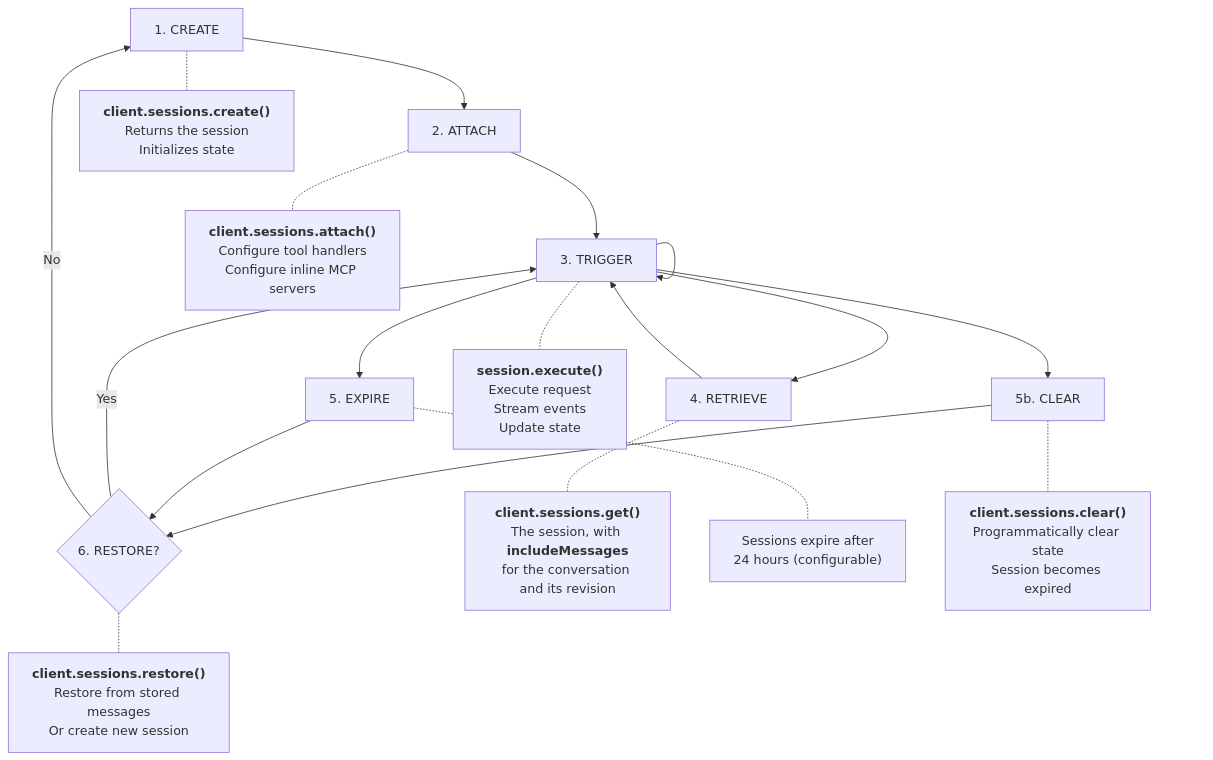
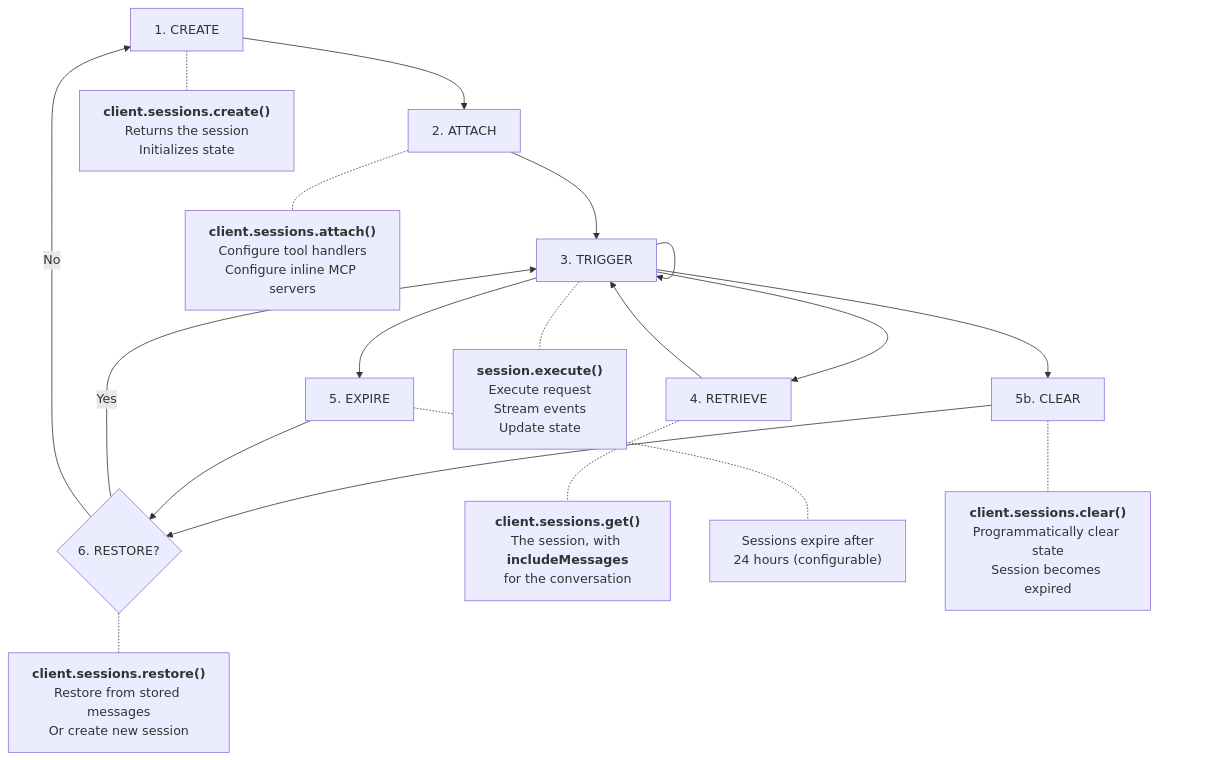
The diagram in packages/docs/content/02-server-sdk/02-sessions.md (octavus-ai/agent-sdk), drawn with Mermaid before and after one commit. The commit also changed other lines of this file and 14 other files, not shown here.

````diff
--- a/packages/docs/content/02-server-sdk/02-sessions.md
+++ b/packages/docs/content/02-server-sdk/02-sessions.md
@@ -417,42 +409,42 @@
 ```mermaid
 flowchart TD
     A[1. CREATE] --> B[2. ATTACH]
     B --> C[3. TRIGGER]
     C --> C
     C --> D[4. RETRIEVE]
     D --> C
     C --> E[5. EXPIRE]
     C --> G[5b. CLEAR]
     G --> F
     E --> F{6. RESTORE?}
     F -->|Yes| C
     F -->|No| A
 
     A -.- A1["`**client.sessions.create()**
     Returns the session
     Initializes state`"]
 
     B -.- B1["`**client.sessions.attach()**
     Configure tool handlers
     Configure inline MCP servers`"]
 
     C -.- C1["`**session.execute()**
     Execute request
     Stream events
     Update state`"]
 
     D -.- D1["`**client.sessions.get()**
     The session, with **includeMessages**
-    for the conversation and its revision`"]
+    for the conversation`"]
 
     E -.- E1["`Sessions expire after
     24 hours (configurable)`"]
 
     G -.- G1["`**client.sessions.clear()**
     Programmatically clear state
     Session becomes expired`"]
 
     F -.- F1["`**client.sessions.restore()**
     Restore from stored messages
     Or create new session`"]
 ```
````
